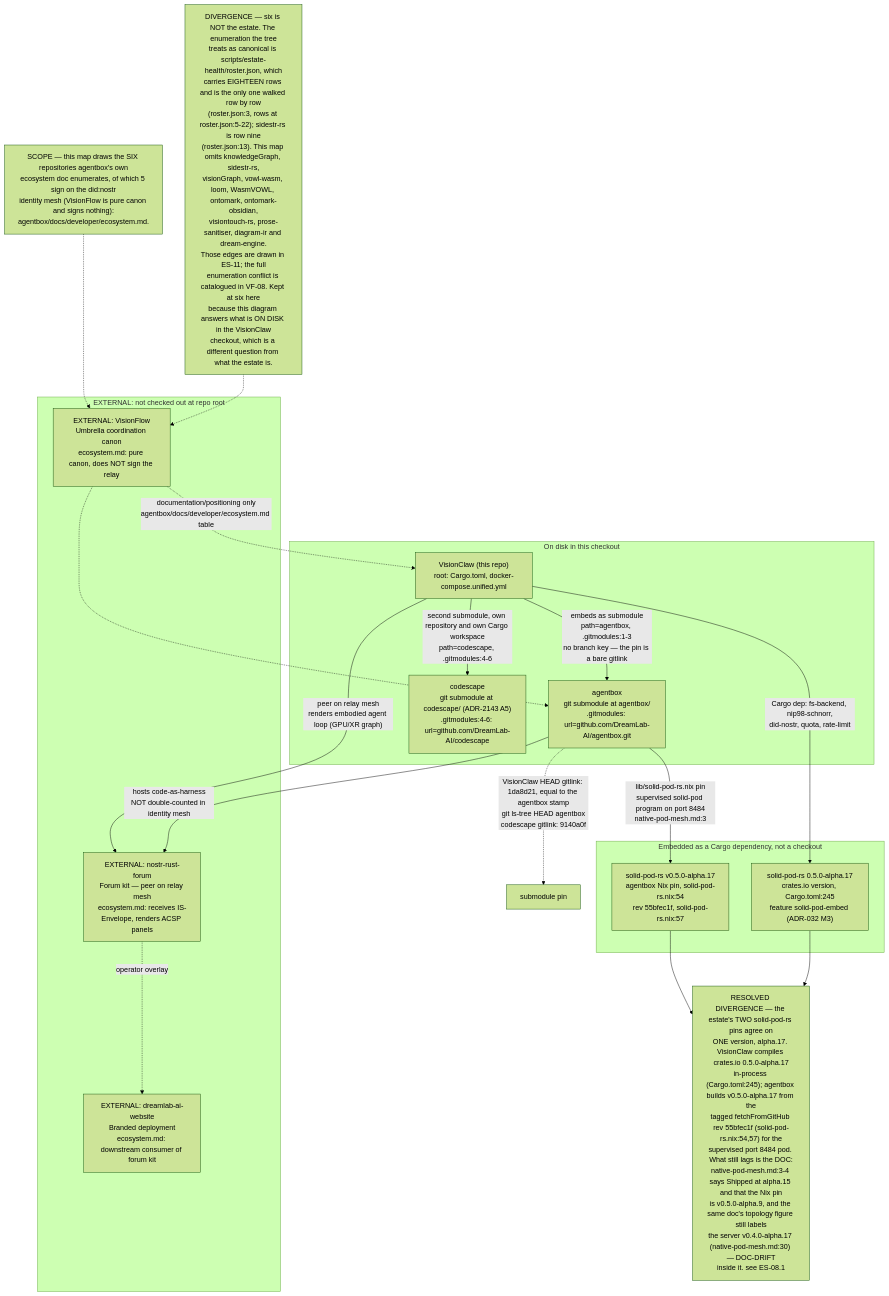
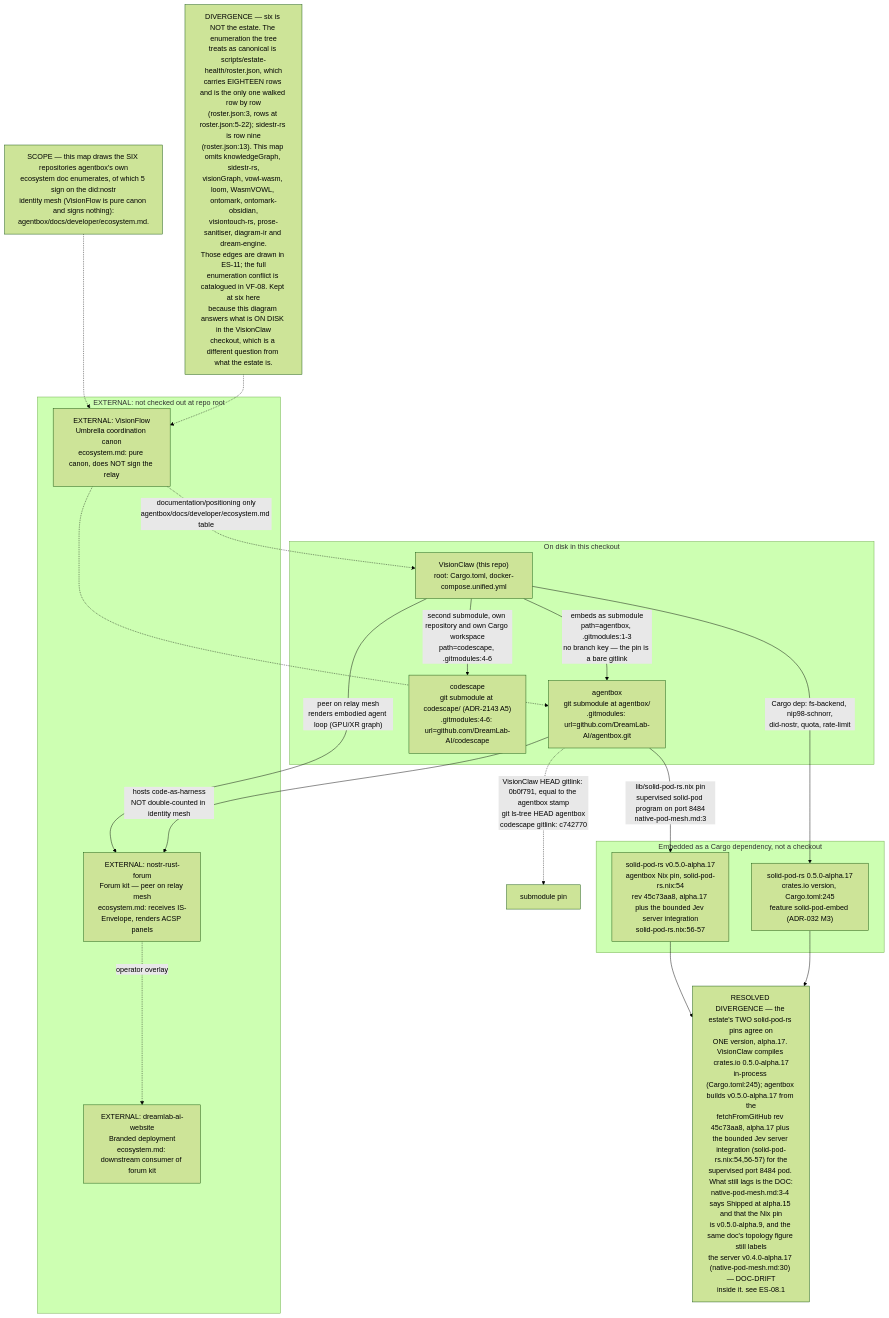
One commit to DreamLab-AI/VisionFlow changed the first of 8 diagrams in docs/diagrams/estate/01-estate-topology.md. Above: the diagram before and after it, drawn with Mermaid (forest theme). The commit also changed other lines of this file and 145 other files, not shown here.

````diff
--- a/docs/diagrams/estate/01-estate-topology.md
+++ b/docs/diagrams/estate/01-estate-topology.md
@@ -60,38 +60,38 @@
 ```mermaid
 flowchart TB
     subgraph ONDISK["On disk in this checkout"]
         VC["VisionClaw (this repo)<br/>root: Cargo.toml, docker-compose.unified.yml"]
         AB["agentbox<br/>git submodule at agentbox/<br/>.gitmodules: url=github.com/DreamLab-AI/agentbox.git"]
         CS["codescape<br/>git submodule at codescape/ (ADR-2143 A5)<br/>.gitmodules:4-6: url=github.com/DreamLab-AI/codescape"]
     end
     VC -->|"embeds as submodule<br/>path=agentbox, .gitmodules:1-3<br/>no branch key — the pin is a bare gitlink"| AB
     VC -->|"second submodule, own repository and own Cargo workspace<br/>path=codescape, .gitmodules:4-6"| CS
-    AB -.->|"VisionClaw HEAD gitlink: 1da8d21, equal to the agentbox stamp<br/>git ls-tree HEAD agentbox<br/>codescape gitlink: 9140a0f"| ABPIN["submodule pin"]
+    AB -.->|"VisionClaw HEAD gitlink: 0b0f791, equal to the agentbox stamp<br/>git ls-tree HEAD agentbox<br/>codescape gitlink: c742770"| ABPIN["submodule pin"]
 
     subgraph CRATE["Embedded as a Cargo dependency, not a checkout"]
         SPR["solid-pod-rs 0.5.0-alpha.17<br/>crates.io version, Cargo.toml:245<br/>feature solid-pod-embed (ADR-032 M3)"]
-        SPRN["solid-pod-rs v0.5.0-alpha.17<br/>agentbox Nix pin, solid-pod-rs.nix:54<br/>rev 55bfec1f, solid-pod-rs.nix:57"]
+        SPRN["solid-pod-rs v0.5.0-alpha.17<br/>agentbox Nix pin, solid-pod-rs.nix:54<br/>rev 45c73aa8, alpha.17 plus the bounded Jev server integration<br/>solid-pod-rs.nix:56-57"]
     end
     VC -->|"Cargo dep: fs-backend, nip98-schnorr,<br/>did-nostr, quota, rate-limit"| SPR
     AB -->|"lib/solid-pod-rs.nix pin<br/>supervised solid-pod program on port 8484<br/>native-pod-mesh.md:3"| SPRN
 
-    DIVSP["RESOLVED DIVERGENCE — the estate's TWO solid-pod-rs pins agree on<br/>ONE version, alpha.17. VisionClaw compiles crates.io 0.5.0-alpha.17<br/>in-process (Cargo.toml:245); agentbox builds v0.5.0-alpha.17 from the<br/>tagged fetchFromGitHub rev 55bfec1f (solid-pod-rs.nix:54,57) for the<br/>supervised port 8484 pod. What still lags is the DOC:<br/>native-pod-mesh.md:3-4 says Shipped at alpha.15 and that the Nix pin<br/>is v0.5.0-alpha.9, and the same doc's topology figure still labels<br/>the server v0.4.0-alpha.17 (native-pod-mesh.md:30) — DOC-DRIFT<br/>inside it. see ES-08.1"]
+    DIVSP["RESOLVED DIVERGENCE — the estate's TWO solid-pod-rs pins agree on<br/>ONE version, alpha.17. VisionClaw compiles crates.io 0.5.0-alpha.17<br/>in-process (Cargo.toml:245); agentbox builds v0.5.0-alpha.17 from the<br/>fetchFromGitHub rev 45c73aa8, alpha.17 plus the bounded Jev server integration (solid-pod-rs.nix:54,56-57) for the<br/>supervised port 8484 pod. What still lags is the DOC:<br/>native-pod-mesh.md:3-4 says Shipped at alpha.15 and that the Nix pin<br/>is v0.5.0-alpha.9, and the same doc's topology figure still labels<br/>the server v0.4.0-alpha.17 (native-pod-mesh.md:30) — DOC-DRIFT<br/>inside it. see ES-08.1"]
     SPRN --> DIVSP
     SPR --> DIVSP
 
     subgraph EXTERNAL1["EXTERNAL: not checked out at repo root"]
         VF["EXTERNAL: VisionFlow<br/>Umbrella coordination canon<br/>ecosystem.md: pure canon, does NOT sign the relay"]
         NRF["EXTERNAL: nostr-rust-forum<br/>Forum kit — peer on relay mesh<br/>ecosystem.md: receives IS-Envelope, renders ACSP panels"]
         DAW["EXTERNAL: dreamlab-ai-website<br/>Branded deployment<br/>ecosystem.md: downstream consumer of forum kit"]
     end
     VC -->|"peer on relay mesh<br/>renders embodied agent loop (GPU/XR graph)"| NRF
     AB -->|"hosts code-as-harness<br/>NOT double-counted in identity mesh"| NRF
     NRF -.->|"operator overlay"| DAW
     VF -.->|"documentation/positioning only<br/>agentbox/docs/developer/ecosystem.md table"| VC
     VF -.-> AB
 
     NOTE1["SCOPE — this map draws the SIX repositories agentbox's own<br/>ecosystem doc enumerates, of which 5 sign on the did:nostr<br/>identity mesh (VisionFlow is pure canon and signs nothing):<br/>agentbox/docs/developer/ecosystem.md."]
     NOTE2["DIVERGENCE — six is NOT the estate. The enumeration the tree<br/>treats as canonical is scripts/estate-health/roster.json, which<br/>carries EIGHTEEN rows and is the only one walked row by row<br/>(roster.json:3, rows at roster.json:5-22); sidestr-rs is row nine<br/>(roster.json:13). This map omits knowledgeGraph, sidestr-rs,<br/>visionGraph, vowl-wasm, loom, WasmVOWL, ontomark, ontomark-obsidian,<br/>visiontouch-rs, prose-sanitiser, diagram-ir and dream-engine.<br/>Those edges are drawn in ES-11; the full<br/>enumeration conflict is catalogued in VF-08. Kept at six here<br/>because this diagram answers what is ON DISK in the VisionClaw<br/>checkout, which is a different question from what the estate is."]
     NOTE1 -.-> VF
     NOTE2 -.-> VF
 ```
````
